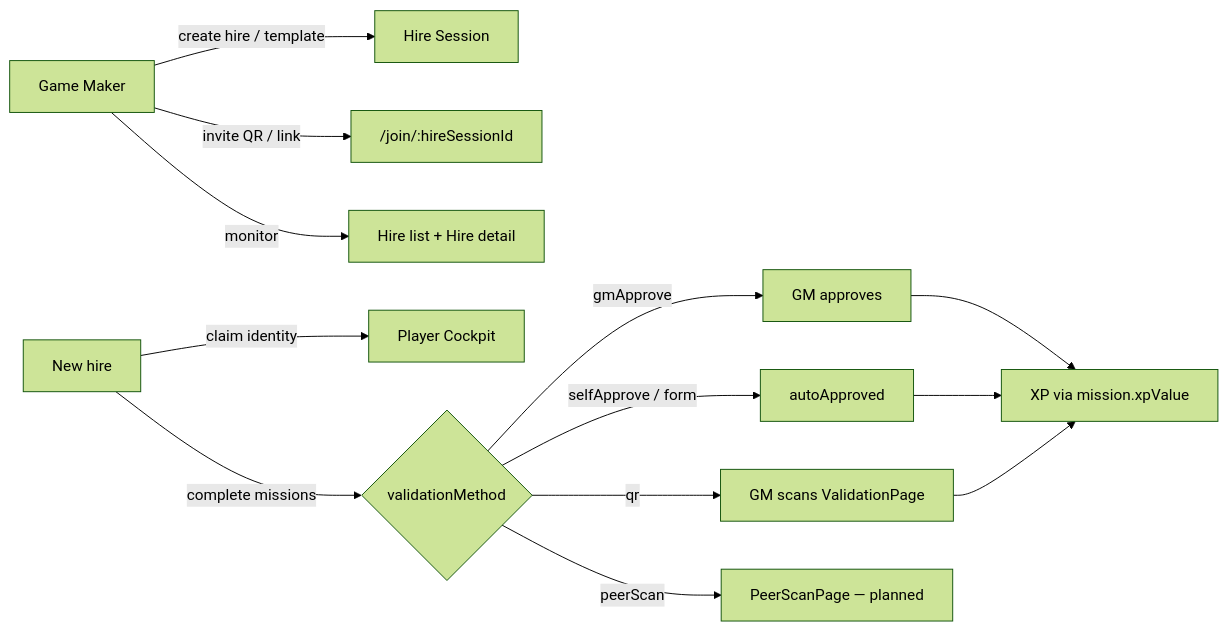
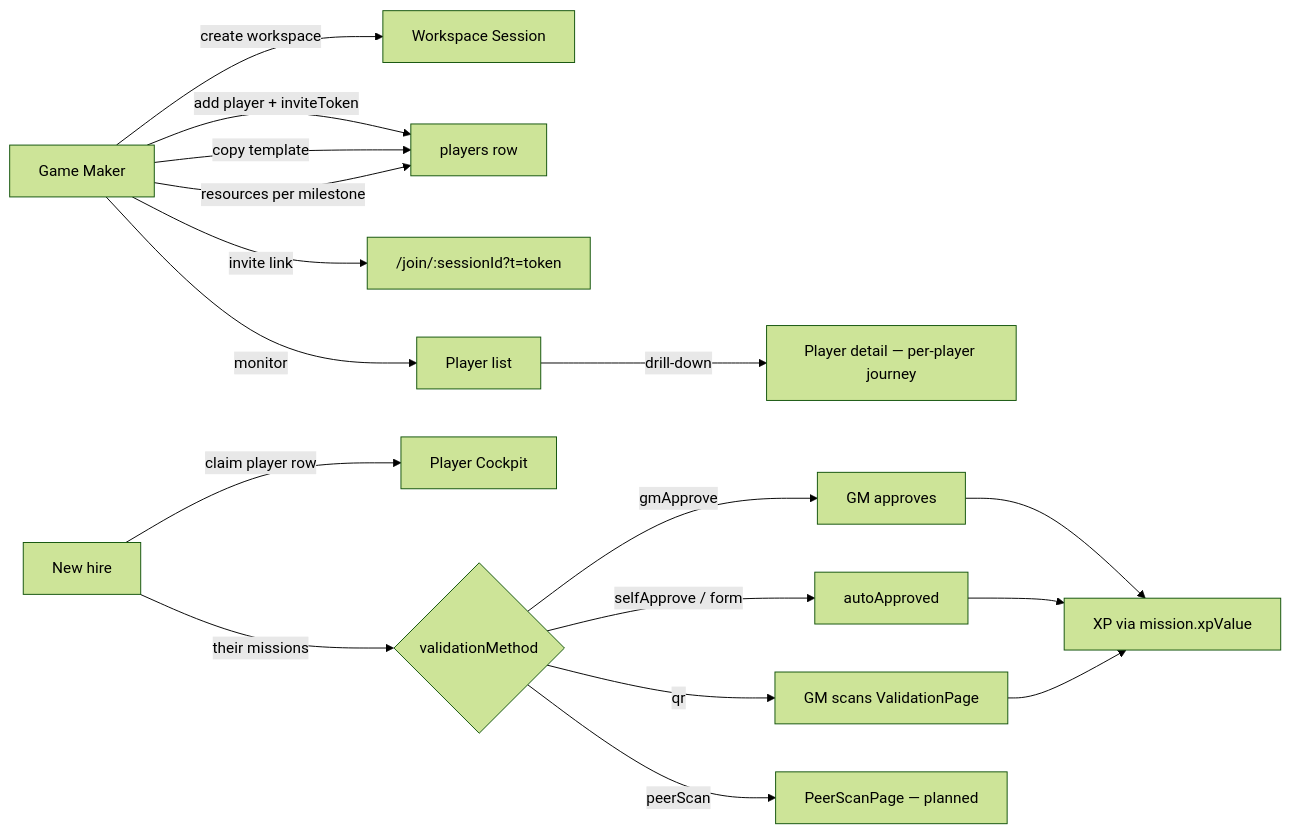
One commit to hoonsubin/messe-buddy-app changed the diagram in plans/production-implementation-plans.md. Above: the diagram before and after it, drawn with Mermaid (forest theme). The commit also changed other lines of this file and 18 other files, not shown here.

````diff
--- a/plans/production-implementation-plans.md
+++ b/plans/production-implementation-plans.md
@@ -33,15 +37,19 @@
 ```mermaid
 flowchart LR
-  GM[Game Maker] -->|create hire / template| Hire[Hire Session]
-  GM -->|invite QR / link| Invite["/join/:hireSessionId"]
-  Player[New hire] -->|claim identity| Cockpit[Player Cockpit]
-  Player -->|complete missions| Validate{validationMethod}
+  GM[Game Maker] -->|create workspace| WS[Workspace Session]
+  GM -->|add player + inviteToken| P[players row]
+  GM -->|copy template| P
+  GM -->|resources per milestone| P
+  GM -->|invite link| Invite["/join/:sessionId?t=token"]
+  Player[New hire] -->|claim player row| Cockpit[Player Cockpit]
+  Player -->|their missions| Validate{validationMethod}
   Validate -->|gmApprove| GMApprove[GM approves]
   Validate -->|selfApprove / form| Auto[autoApproved]
   Validate -->|qr| GMScan[GM scans ValidationPage]
   Validate -->|peerScan| Peer[PeerScanPage — planned]
   GMApprove --> XP[XP via mission.xpValue]
   Auto --> XP
   GMScan --> XP
-  GM -->|monitor| Dashboard[Hire list + Hire detail]
+  GM -->|monitor| List[Player list]
+  List -->|drill-down| Detail[Player detail — per-player journey]
 ```
````
